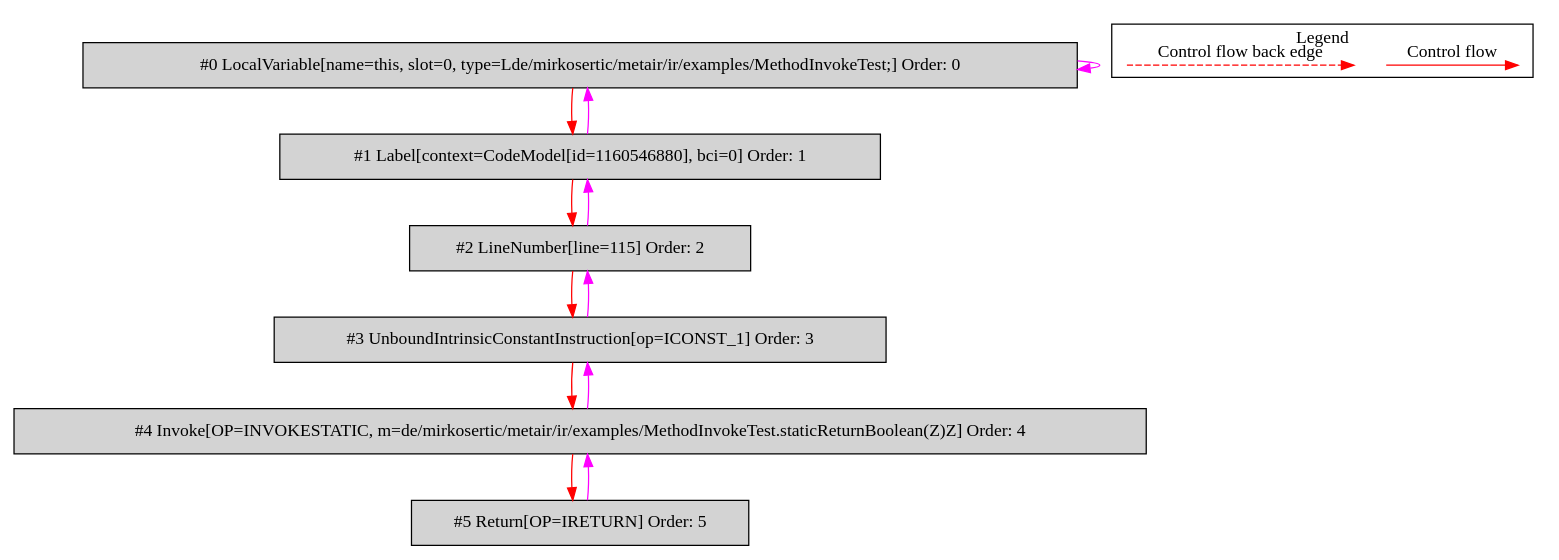
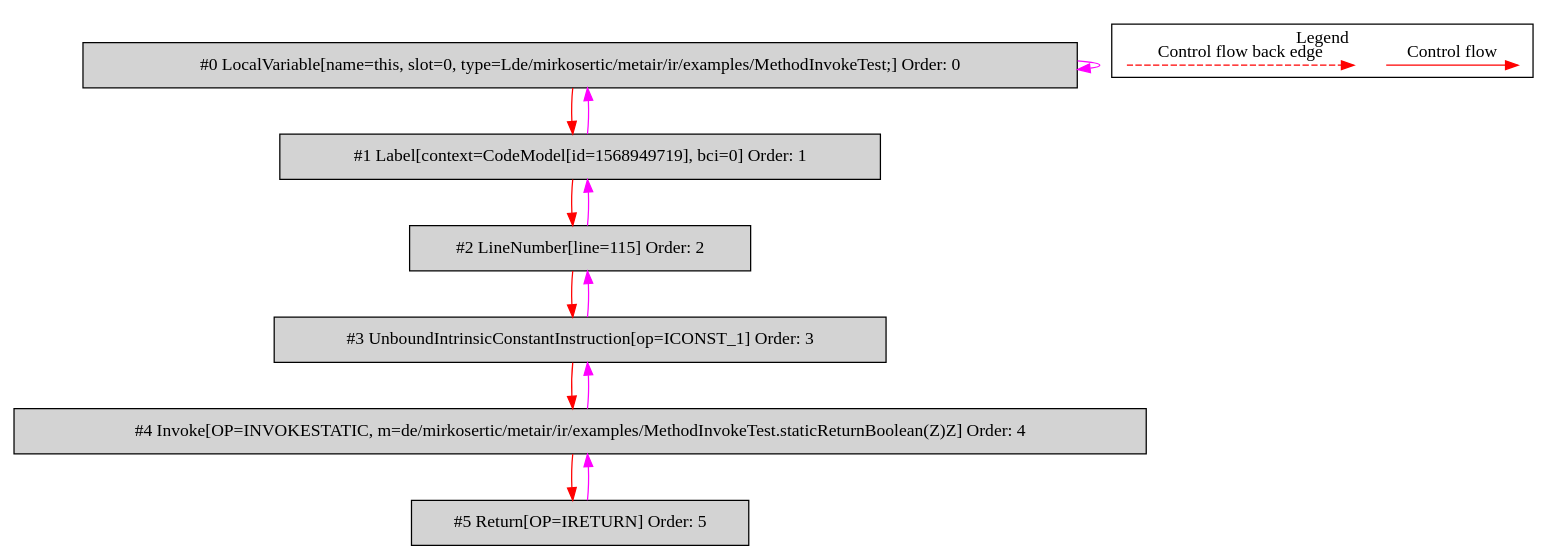
The diagram in de.mirkosertic.metair.ir.examples.MethodInvokeTest/returnBoolean/bytecodecfg.dot (mirkosertic/MetaIR), drawn with Graphviz before and after one commit. The commit also changed 1256 other files, not shown here.

```diff
--- a/de.mirkosertic.metair.ir.examples.MethodInvokeTest/returnBoolean/bytecodecfg.dot
+++ b/de.mirkosertic.metair.ir.examples.MethodInvokeTest/returnBoolean/bytecodecfg.dot
@@ -1,34 +1,34 @@
 digraph {
  ordering="in";
  node0[label="#0 LocalVariable[name=this, slot=0, type=Lde/mirkosertic/metair/ir/examples/MethodInvokeTest;] Order: 0", shape=box, fillcolor=lightgrey, style=filled];
- node1[label="#1 Label[context=CodeModel[id=1160546880], bci=0] Order: 1", shape=box, fillcolor=lightgrey, style=filled];
+ node1[label="#1 Label[context=CodeModel[id=1568949719], bci=0] Order: 1", shape=box, fillcolor=lightgrey, style=filled];
  node2[label="#2 LineNumber[line=115] Order: 2", shape=box, fillcolor=lightgrey, style=filled];
  node3[label="#3 UnboundIntrinsicConstantInstruction[op=ICONST_1] Order: 3", shape=box, fillcolor=lightgrey, style=filled];
  node4[label="#4 Invoke[OP=INVOKESTATIC, m=de/mirkosertic/metair/ir/examples/MethodInvokeTest.staticReturnBoolean(Z)Z] Order: 4", shape=box, fillcolor=lightgrey, style=filled];
  node5[label="#5 Return[OP=IRETURN] Order: 5", shape=box, fillcolor=lightgrey, style=filled];
  node0 -> node0[color=fuchsia];
  node0 -> node1[color=red];
  node1 -> node0[color=fuchsia];
  node1 -> node2[color=red];
  node2 -> node1[color=fuchsia];
  node2 -> node3[color=red];
  node3 -> node2[color=fuchsia];
  node3 -> node4[color=red];
  node4 -> node3[color=fuchsia];
  node4 -> node5[color=red];
  node5 -> node4[color=fuchsia];
  subgraph cluster_000 {
   label = "Legend";
   node [shape=point]
   {
    rank=same;
    c0 [style = invis];
    c1 [style = invis];
    c2 [style = invis];
    c3 [style = invis];
   }
   c0 -> c1 [label="Control flow", style=solid, color=red]
   c2 -> c3 [label="Control flow back edge", style=dashed, color=red]
  }
 
 }
```
